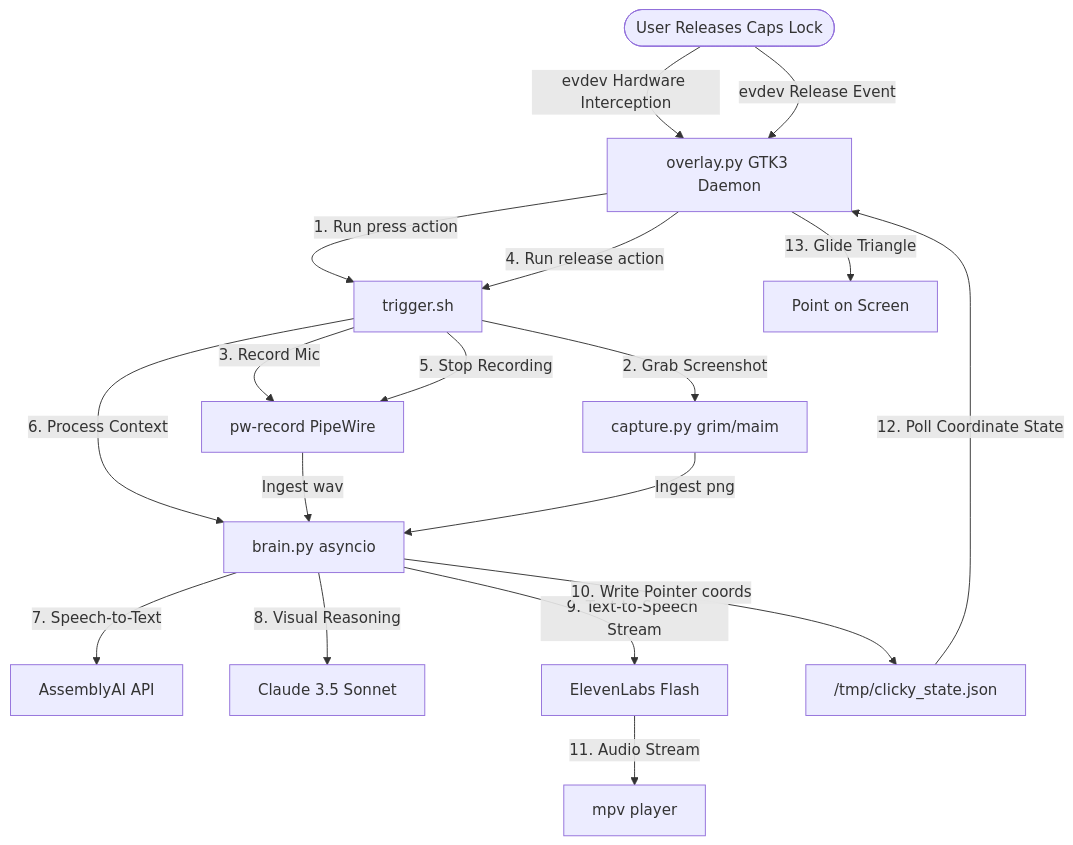
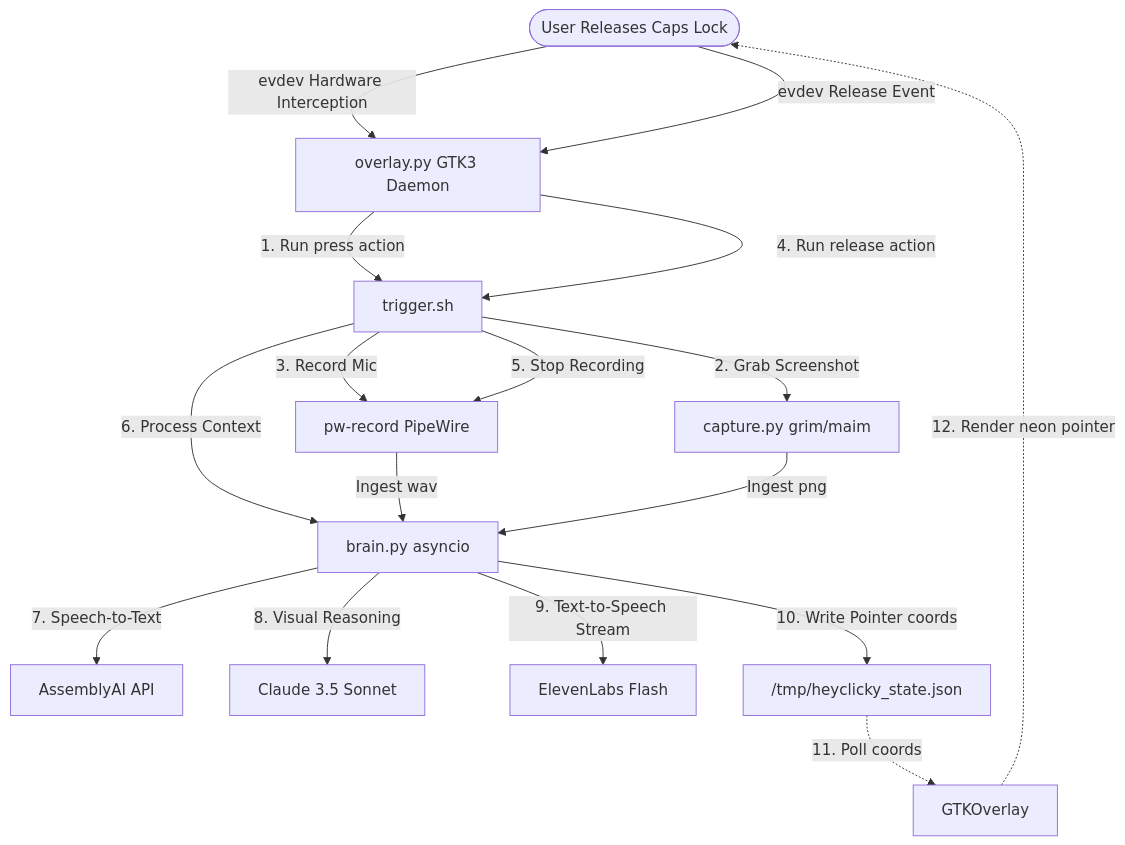
The diagram in README.md (asemfateen/Heyclicky_linux), drawn with Mermaid before and after one commit. The commit also changed other lines of this file and 10 other files, not shown here.

````diff
--- a/README.md
+++ b/README.md
@@ -21,24 +21,22 @@
 ```mermaid
 graph TD
     User([User Holds Caps Lock]) -->|evdev Hardware Interception| Overlay[overlay.py GTK3 Daemon]
     Overlay -->|1. Run press action| Trigger[trigger.sh]
     Trigger -->|2. Grab Screenshot| Capture[capture.py grim/maim]
     Trigger -->|3. Record Mic| Record[pw-record PipeWire]
     
     User([User Releases Caps Lock]) -->|evdev Release Event| Overlay
     Overlay -->|4. Run release action| Trigger
     Trigger -->|5. Stop Recording| Record
     Trigger -->|6. Process Context| Brain[brain.py asyncio]
     
     Record -->|Ingest wav| Brain
     Capture -->|Ingest png| Brain
     
     Brain -->|7. Speech-to-Text| AssemblyAI[AssemblyAI API]
     Brain -->|8. Visual Reasoning| Claude[Claude 3.5 Sonnet]
     Brain -->|9. Text-to-Speech Stream| ElevenLabs[ElevenLabs Flash]
-    Brain -->|10. Write Pointer coords| StateJSON["/tmp/clicky_state.json"]
-    
-    ElevenLabs -->|11. Audio Stream| MPV[mpv player]
-    StateJSON -->|12. Poll Coordinate State| Overlay
-    Overlay -->|13. Glide Triangle| screen["Point on Screen"]
+    Brain -->|10. Write Pointer coords| StateJSON["/tmp/heyclicky_state.json"]
+    StateJSON -.->|11. Poll coords| GTKOverlay
+    GTKOverlay -.->|12. Render neon pointer| User
 ```
````
